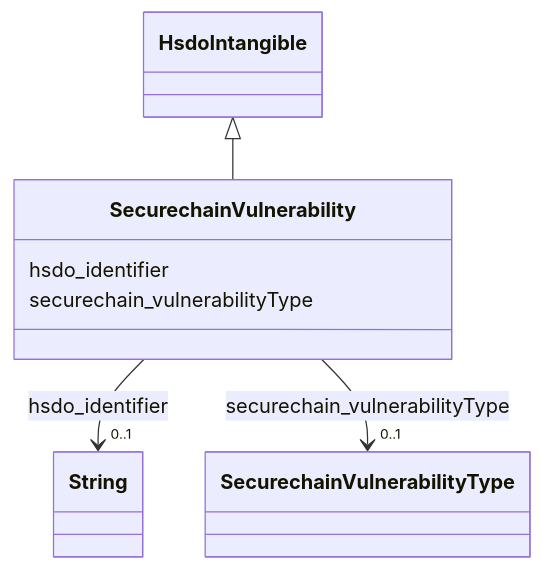
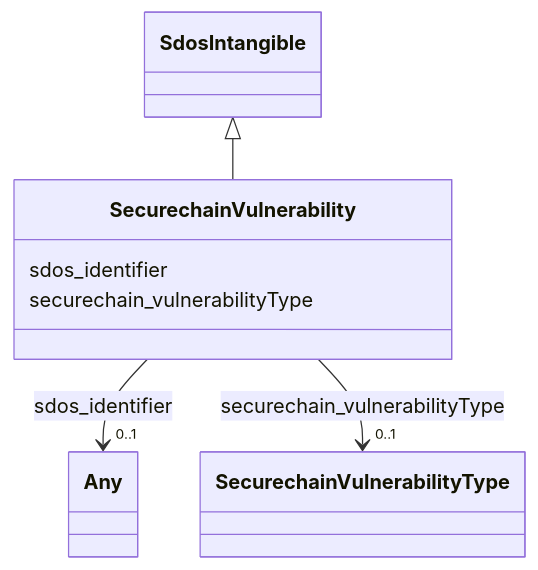
The diagram in secure-chain-kg/classes/SecurechainVulnerability.md (frink-okn/graph-descriptions), drawn with Mermaid before and after one commit. The commit also changed other lines of this file and 75 other files, not shown here.

````diff
--- a/secure-chain-kg/classes/SecurechainVulnerability.md
+++ b/secure-chain-kg/classes/SecurechainVulnerability.md
@@ -23,27 +18,27 @@
 ```mermaid
  classDiagram
     class SecurechainVulnerability
     click SecurechainVulnerability href "../SecurechainVulnerability"
-      HsdoIntangible <|-- SecurechainVulnerability
-        click HsdoIntangible href "../HsdoIntangible"
+      SdosIntangible <|-- SecurechainVulnerability
+        click SdosIntangible href "../SdosIntangible"
       
-      SecurechainVulnerability : hsdo_identifier
+      SecurechainVulnerability : sdos_identifier
         
           
     
     
-    SecurechainVulnerability --> "0..1" String : hsdo_identifier
-    click String href "../String"
+    SecurechainVulnerability --> "0..1" Any : sdos_identifier
+    click Any href "../Any"
 
         
       SecurechainVulnerability : securechain_vulnerabilityType
         
           
     
     
     SecurechainVulnerability --> "0..1" SecurechainVulnerabilityType : securechain_vulnerabilityType
     click SecurechainVulnerabilityType href "../SecurechainVulnerabilityType"
 
         
       
 ```
````
